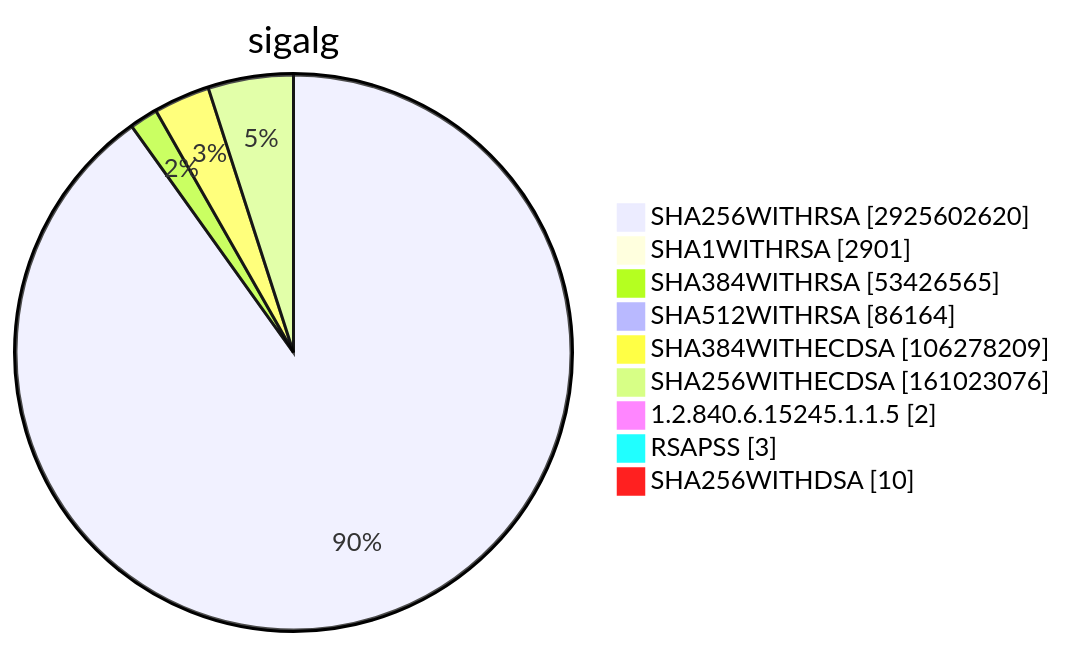
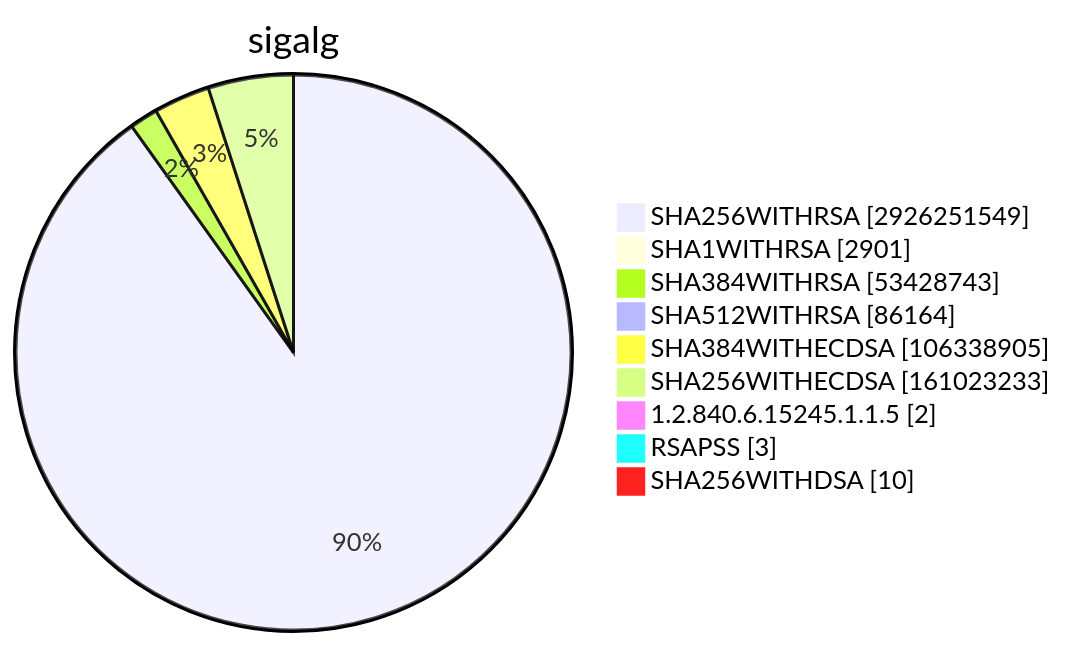
Before and after one commit to christiankrug/ctmonitor_visualization: diagram 15 of 15 in TOTAL/README.md, drawn with Mermaid. The commit also changed other lines of this file, not shown here.

````diff
--- a/TOTAL/README.md
+++ b/TOTAL/README.md
@@ -6207,13 +6207,13 @@
 ```mermaid
 pie showData
 title sigalg
-"SHA256WITHRSA" :2925602620
+"SHA256WITHRSA" :2926251549
 "SHA1WITHRSA" :2901
-"SHA384WITHRSA" :53426565
+"SHA384WITHRSA" :53428743
 "SHA512WITHRSA" :86164
-"SHA384WITHECDSA" :106278209
-"SHA256WITHECDSA" :161023076
+"SHA384WITHECDSA" :106338905
+"SHA256WITHECDSA" :161023233
 "1.2.840.6.15245.1.1.5" :2
 "RSAPSS" :3
 "SHA256WITHDSA" :10
 ```
````
